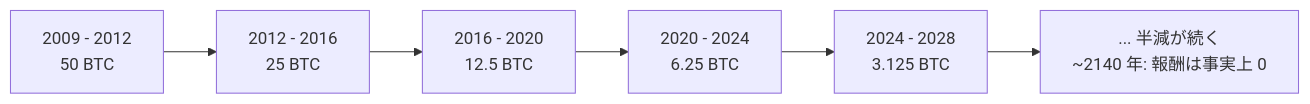
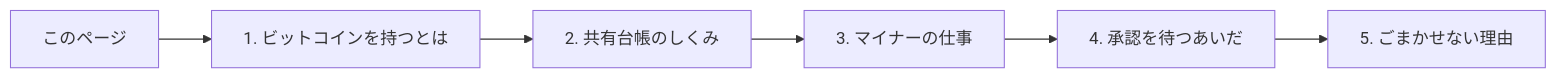
Before and after one commit to cypher256/BitcoinArchive: the diagram in src/data/translations/ja/analysis/2026-05-23-how-bitcoin-works-visual-glossary.md, drawn with Mermaid. The commit also changed other lines of this file and 45 other files, not shown here.

````diff
--- a/src/data/translations/ja/analysis/2026-05-23-how-bitcoin-works-visual-glossary.md
+++ b/src/data/translations/ja/analysis/2026-05-23-how-bitcoin-works-visual-glossary.md
@@ -275,8 +49,8 @@
 ```mermaid
 flowchart LR
-  E1[2009 - 2012<br/>50 BTC] --> E2[2012 - 2016<br/>25 BTC]
-  E2 --> E3[2016 - 2020<br/>12.5 BTC]
-  E3 --> E4[2020 - 2024<br/>6.25 BTC]
-  E4 --> E5[2024 - 2028<br/>3.125 BTC]
-  E5 --> ETC[... 半減が続く<br/>~2140 年: 報酬は事実上 0]
+  L0[このページ] --> G1[1. ビットコインを持つとは]
+  G1 --> G2[2. 共有台帳のしくみ]
+  G2 --> G3[3. マイナーの仕事]
+  G3 --> G4[4. 承認を待つあいだ]
+  G4 --> G5[5. ごまかせない理由]
 ```
````
